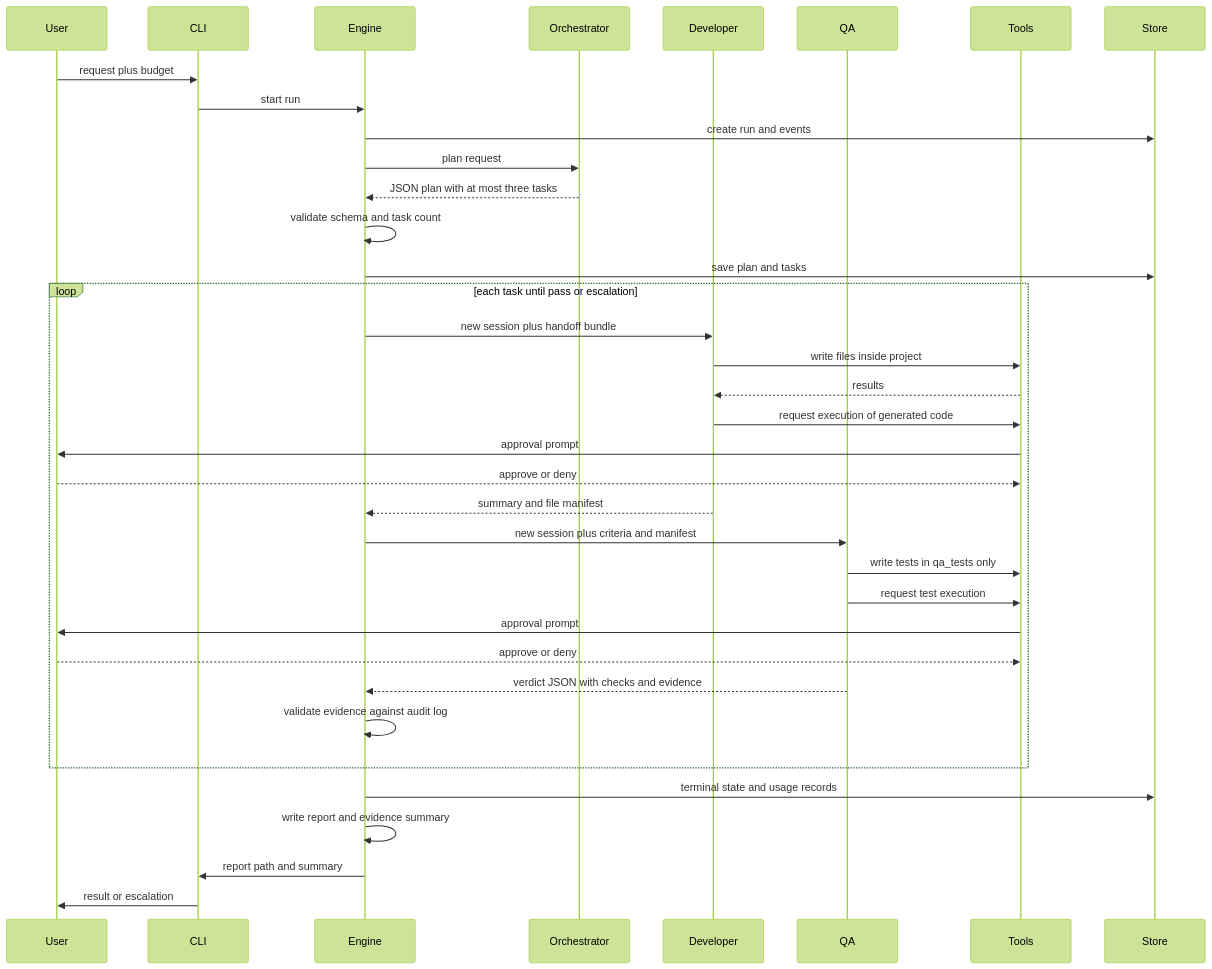
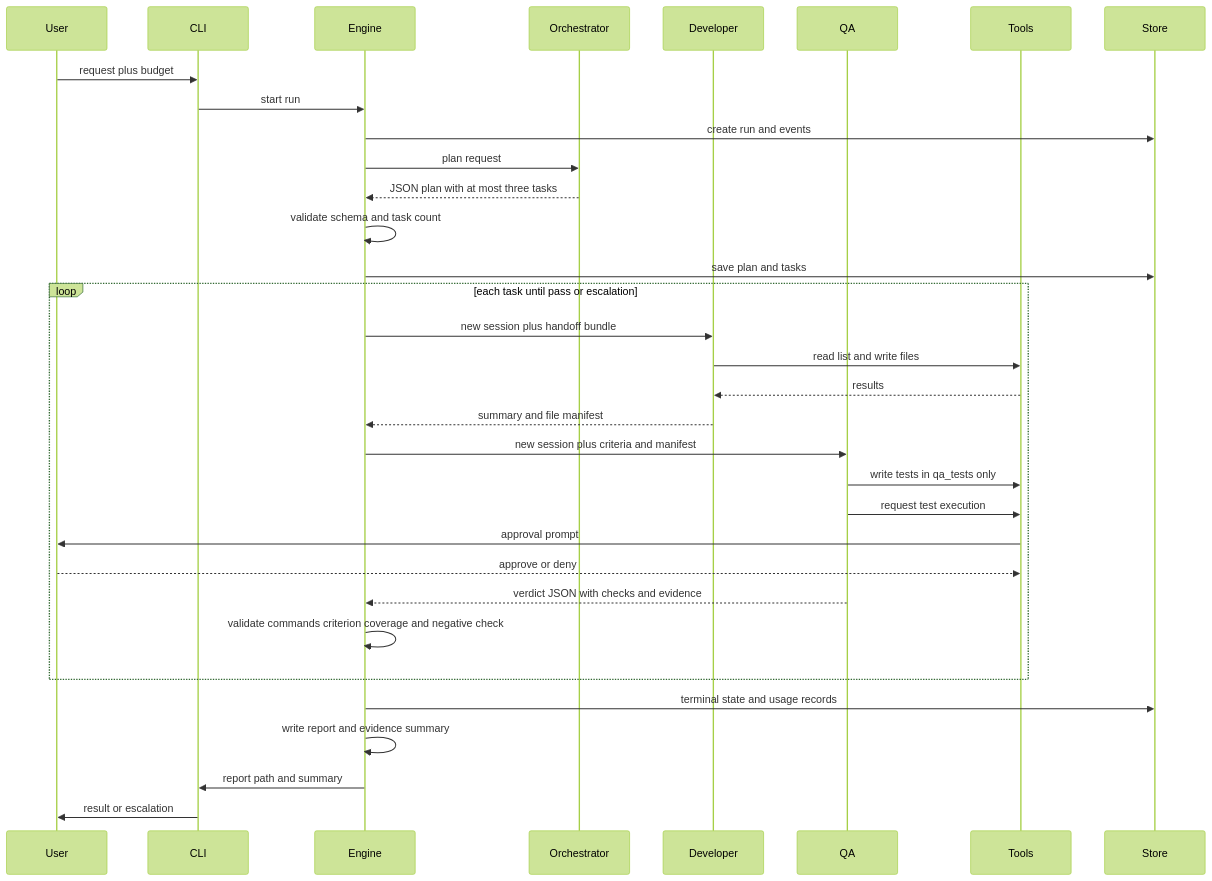
Before and after one commit to yun07/AIEngineeringTeam: the fourth of 4 diagrams in plans/phase1-architecture-plan.md, drawn with Mermaid (forest theme). The commit also changed other lines of this file and 1 other file, not shown here.

````diff
--- a/plans/phase1-architecture-plan.md
+++ b/plans/phase1-architecture-plan.md
@@ -327,38 +349,35 @@
 ```mermaid
 sequenceDiagram
     participant User
     participant CLI
     participant Engine
     participant Orchestrator
     participant Developer
     participant QA
     participant Tools
     participant Store
     User->>CLI: request plus budget
     CLI->>Engine: start run
     Engine->>Store: create run and events
     Engine->>Orchestrator: plan request
     Orchestrator-->>Engine: JSON plan with at most three tasks
     Engine->>Engine: validate schema and task count
     Engine->>Store: save plan and tasks
     loop each task until pass or escalation
         Engine->>Developer: new session plus handoff bundle
-        Developer->>Tools: write files inside project
+        Developer->>Tools: read list and write files
         Tools-->>Developer: results
-        Developer->>Tools: request execution of generated code
-        Tools->>User: approval prompt
-        User-->>Tools: approve or deny
         Developer-->>Engine: summary and file manifest
         Engine->>QA: new session plus criteria and manifest
         QA->>Tools: write tests in qa_tests only
         QA->>Tools: request test execution
         Tools->>User: approval prompt
         User-->>Tools: approve or deny
         QA-->>Engine: verdict JSON with checks and evidence
-        Engine->>Engine: validate evidence against audit log
+        Engine->>Engine: validate commands criterion coverage and negative check
     end
     Engine->>Store: terminal state and usage records
     Engine->>Engine: write report and evidence summary
     Engine->>CLI: report path and summary
     CLI->>User: result or escalation
 ```
````
